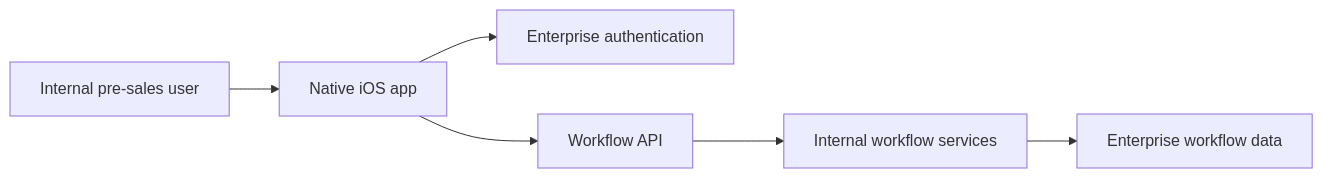
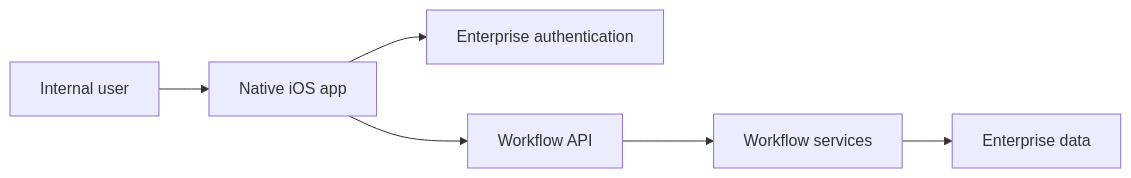
Before and after one commit to binartist/about-me: the diagram in src/en/products/ibm_oa.md, drawn with Mermaid. The commit also changed other lines of this file and 10 other files, not shown here.

````diff
--- a/src/en/products/ibm_oa.md
+++ b/src/en/products/ibm_oa.md
@@ -16,8 +11,8 @@
 ```mermaid
 flowchart LR
-    User[Internal pre-sales user] --> App[Native iOS app]
+    User[Internal user] --> App[Native iOS app]
     App --> Auth[Enterprise authentication]
     App --> API[Workflow API]
-    API --> Services[Internal workflow services]
-    Services --> Data[Enterprise workflow data]
+    API --> Services[Workflow services]
+    Services --> Data[Enterprise data]
 ```
````
